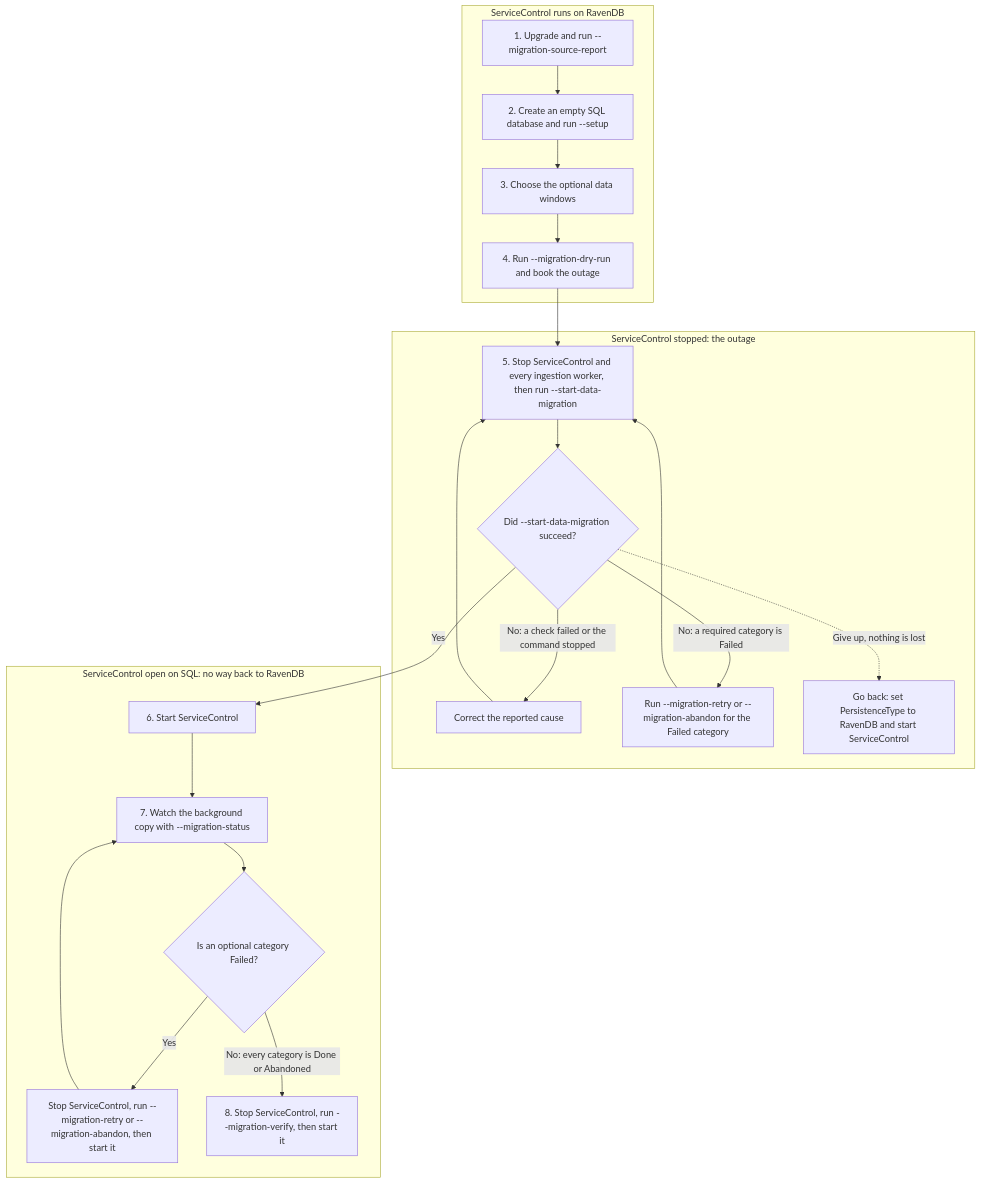
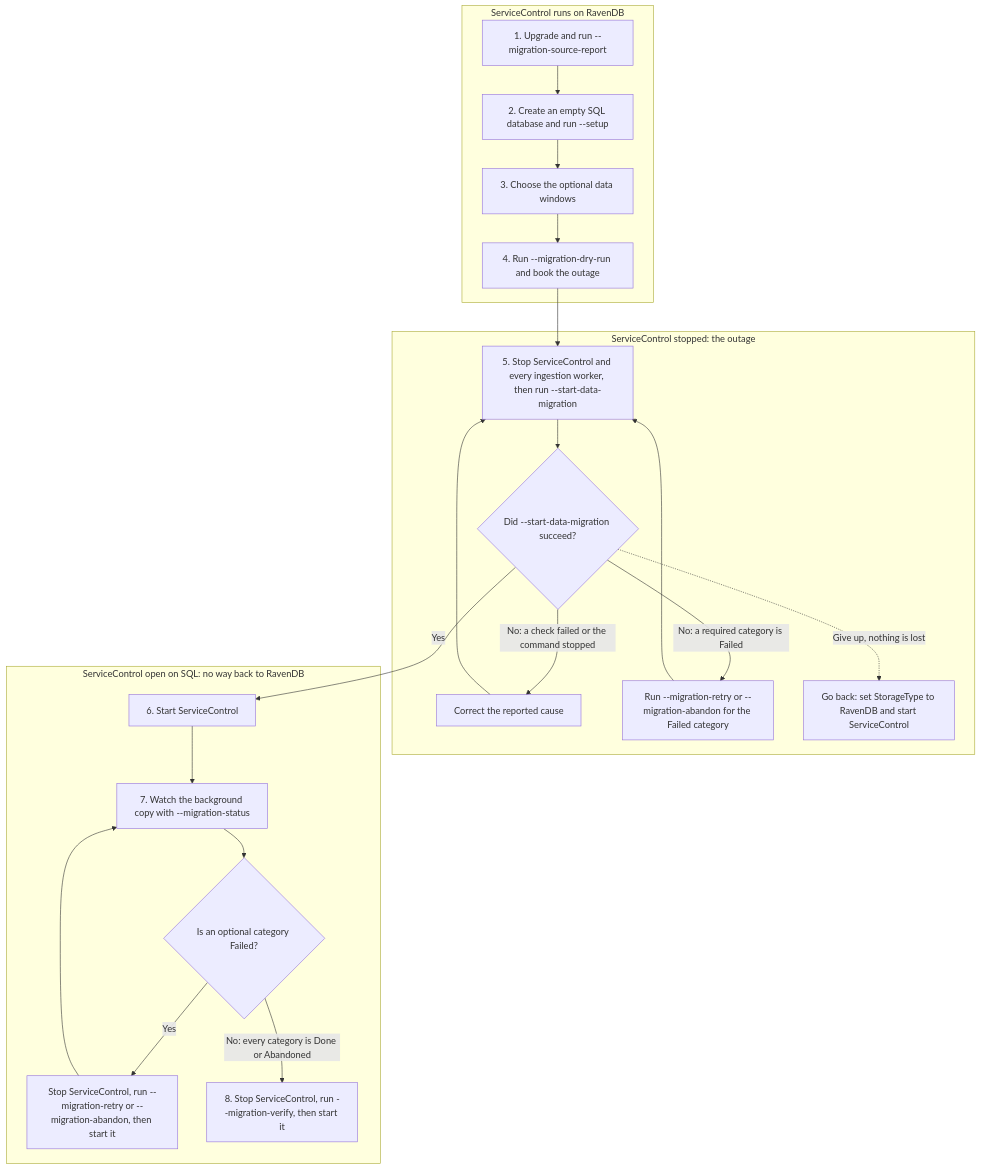
One commit to Particular/ServiceControl changed the diagram in docs/migration/ravendb-to-sql-migration-instructions.md. Above: the diagram before and after it, drawn with Mermaid. The commit also changed other lines of this file and 15 other files, not shown here.

````diff
--- a/docs/migration/ravendb-to-sql-migration-instructions.md
+++ b/docs/migration/ravendb-to-sql-migration-instructions.md
@@ -21,36 +21,36 @@
 ```mermaid
 flowchart TD
     subgraph prepare["ServiceControl runs on RavenDB"]
         S1["1. Upgrade and run --migration-source-report"]
         S2["2. Create an empty SQL database and run --setup"]
         S3["3. Choose the optional data windows"]
         S4["4. Run --migration-dry-run and book the outage"]
         S1 --> S2 --> S3 --> S4
     end
 
     subgraph outage["ServiceControl stopped: the outage"]
         S6["5. Stop ServiceControl and every ingestion worker, then run --start-data-migration"]
         Q1{"Did --start-data-migration succeed?"}
         Fix["Correct the reported cause"]
         RetryAbandon1["Run --migration-retry or --migration-abandon for the Failed category"]
-        Back["Go back: set PersistenceType to RavenDB and start ServiceControl"]
+        Back["Go back: set StorageType to RavenDB and start ServiceControl"]
         S6 --> Q1
         Q1 -->|"No: a check failed or the command stopped"| Fix --> S6
         Q1 -->|"No: a required category is Failed"| RetryAbandon1 --> S6
         Q1 -.->|"Give up, nothing is lost"| Back
     end
 
     subgraph online["ServiceControl open on SQL: no way back to RavenDB"]
         S7["6. Start ServiceControl"]
         S8["7. Watch the background copy with --migration-status"]
         Q2{"Is an optional category Failed?"}
         RetryAbandon2["Stop ServiceControl, run --migration-retry or --migration-abandon, then start it"]
         S9["8. Stop ServiceControl, run --migration-verify, then start it"]
         S7 --> S8 --> Q2
         Q2 -->|Yes| RetryAbandon2 --> S8
         Q2 -->|"No: every category is Done or Abandoned"| S9
     end
 
     S4 --> S6
     Q1 -->|Yes| S7
 ```
````
